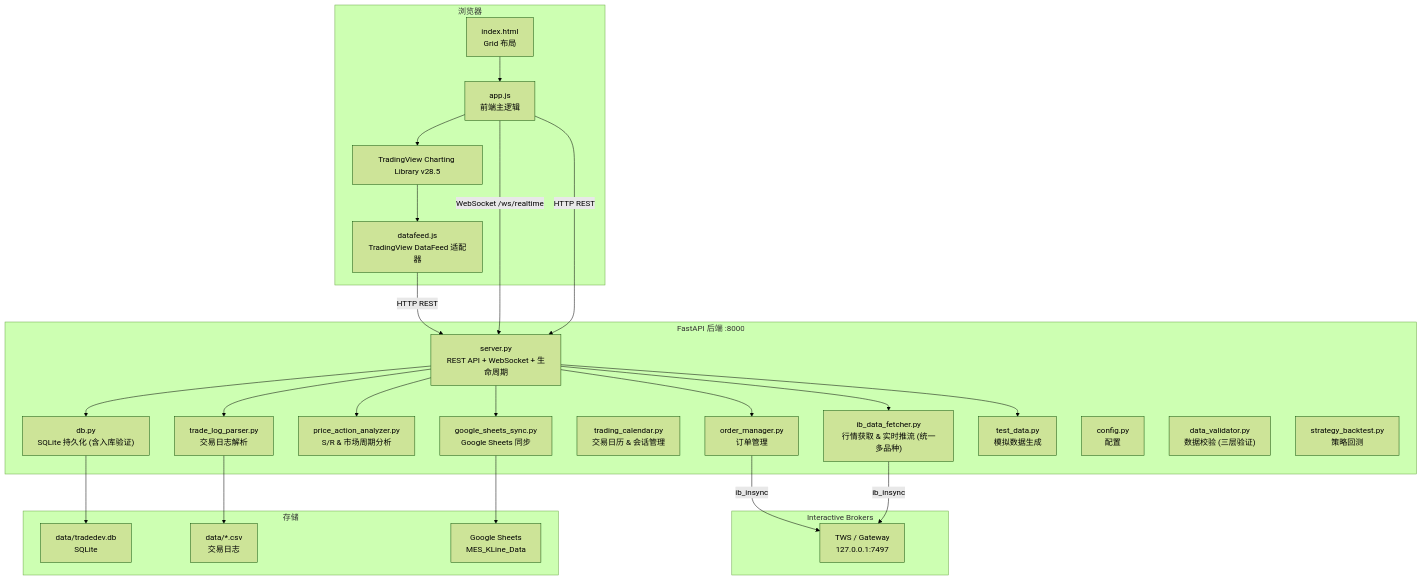
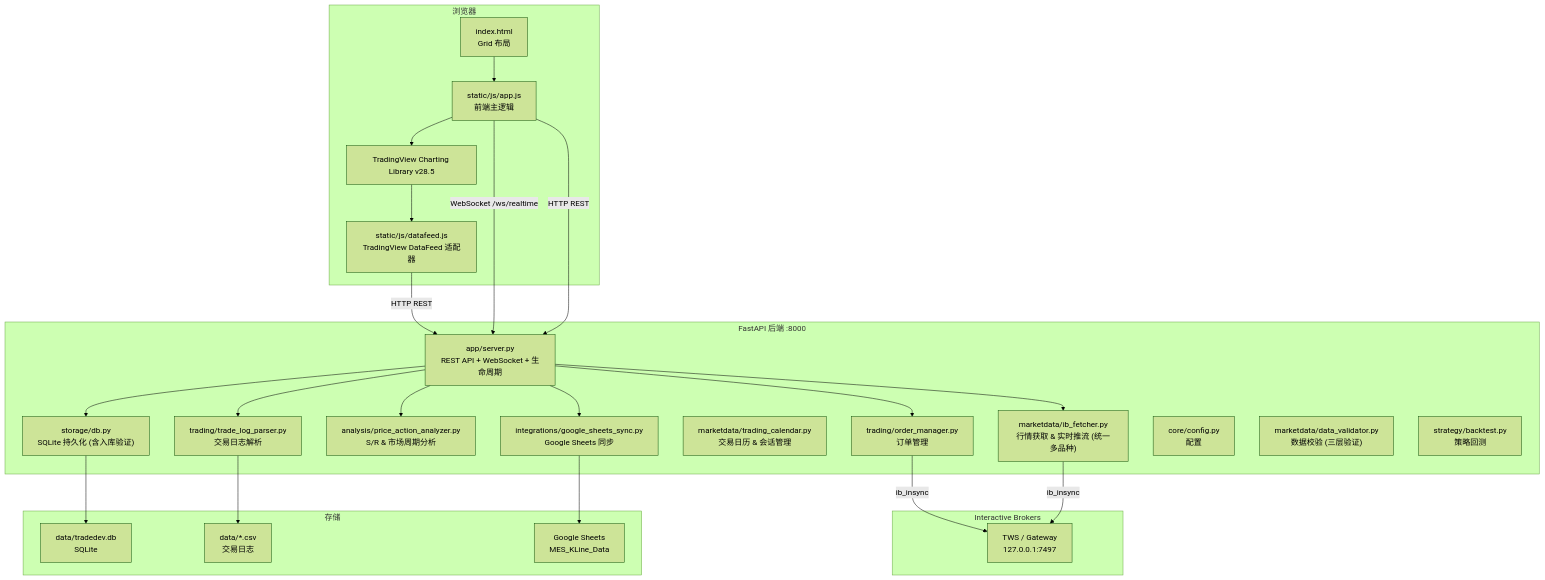
One commit to ditto0907/TradeDev changed the first of 7 diagrams in priceaction/README.md. Above: the diagram before and after it, drawn with Mermaid (forest theme). The commit also changed other lines of this file and 45 other files, not shown here.

````diff
--- a/priceaction/README.md
+++ b/priceaction/README.md
@@ -9,55 +9,53 @@
 ```mermaid
 graph TB
     subgraph Browser["浏览器"]
         UI["index.html<br/>Grid 布局"]
-        APP["app.js<br/>前端主逻辑"]
-        DF["datafeed.js<br/>TradingView DataFeed 适配器"]
+        APP["static/js/app.js<br/>前端主逻辑"]
+        DF["static/js/datafeed.js<br/>TradingView DataFeed 适配器"]
         TV["TradingView Charting Library v28.5"]
     end
 
     subgraph Backend["FastAPI 后端 :8000"]
-        SRV["server.py<br/>REST API + WebSocket + 生命周期"]
-        OM["order_manager.py<br/>订单管理"]
-        IDF["ib_data_fetcher.py<br/>行情获取 & 实时推流 (统一多品种)"]
-        PA["price_action_analyzer.py<br/>S/R & 市场周期分析"]
-        DB["db.py<br/>SQLite 持久化 (含入库验证)"]
-        TC["trading_calendar.py<br/>交易日历 & 会话管理"]
-        GS["google_sheets_sync.py<br/>Google Sheets 同步"]
-        TLP["trade_log_parser.py<br/>交易日志解析"]
-        TD["test_data.py<br/>模拟数据生成"]
-        CFG["config.py<br/>配置"]
-        DV2["data_validator.py<br/>数据校验 (三层验证)"]
-        SB2["strategy_backtest.py<br/>策略回测"]
+        SRV["app/server.py<br/>REST API + WebSocket + 生命周期"]
+        OM["trading/order_manager.py<br/>订单管理"]
+        IDF["marketdata/ib_fetcher.py<br/>行情获取 & 实时推流 (统一多品种)"]
+        PA["analysis/price_action_analyzer.py<br/>S/R & 市场周期分析"]
+        DB["storage/db.py<br/>SQLite 持久化 (含入库验证)"]
+        TC["marketdata/trading_calendar.py<br/>交易日历 & 会话管理"]
+        GS["integrations/google_sheets_sync.py<br/>Google Sheets 同步"]
+        TLP["trading/trade_log_parser.py<br/>交易日志解析"]
+        CFG["core/config.py<br/>配置"]
+        DV2["marketdata/data_validator.py<br/>数据校验 (三层验证)"]
+        SB2["strategy/backtest.py<br/>策略回测"]
     end
 
     subgraph IB["Interactive Brokers"]
         TWS["TWS / Gateway<br/>127.0.0.1:7497"]
     end
 
     subgraph Storage["存储"]
         SQLite["data/tradedev.db<br/>SQLite"]
         CSV["data/*.csv<br/>交易日志"]
         GSHEET["Google Sheets<br/>MES_KLine_Data"]
     end
 
     UI --> APP
     APP --> TV
     TV --> DF
     DF -->|"HTTP REST"| SRV
     APP -->|"WebSocket /ws/realtime"| SRV
     APP -->|"HTTP REST"| SRV
 
     SRV --> OM
     SRV --> IDF
     SRV --> PA
     SRV --> DB
     SRV --> GS
     SRV --> TLP
-    SRV --> TD
 
     OM -->|"ib_insync"| TWS
     IDF -->|"ib_insync"| TWS
     DB --> SQLite
     TLP --> CSV
     GS --> GSHEET
 ```
````
